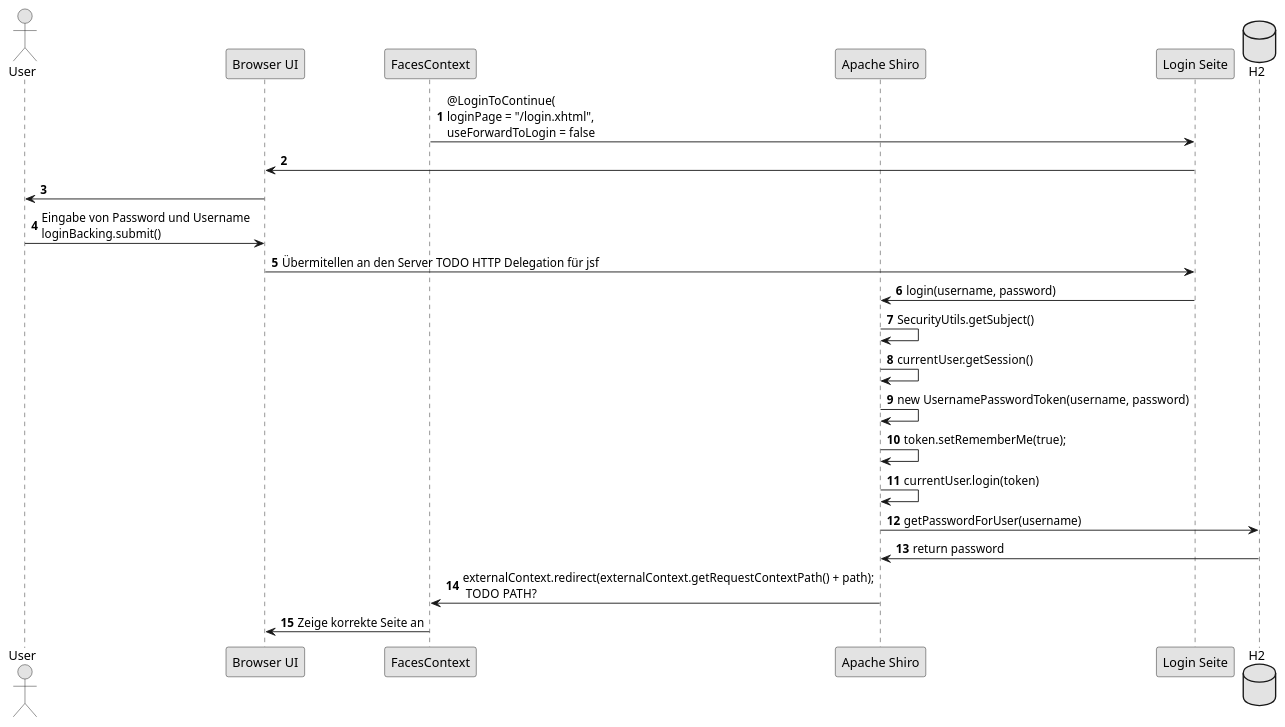
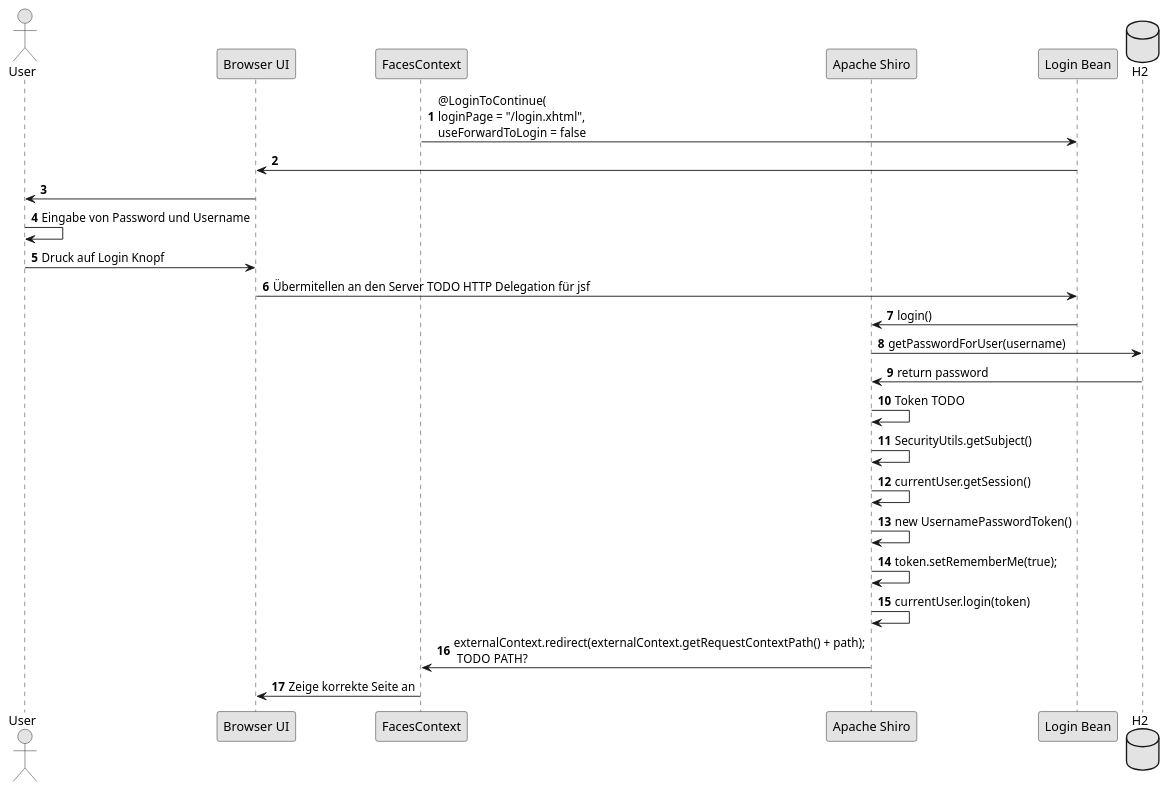
Before and after one commit to fkehlenb/softwareprojekt-2: the third of 9 diagrams in doc/UML/plantuml.org, drawn with PlantUML. The commit also changed other lines of this file and 1 other file, not shown here.

```diff
--- a/doc/UML/plantuml.org
+++ b/doc/UML/plantuml.org
@@ -31,27 +31,29 @@
 #+BEGIN_SRC plantuml :file erstbenutzung.png
 autonumber
 skinparam monochrome true
 
 actor User as user
 participant "Browser UI" as browser
 participant "FacesContext" AS index
 participant "Apache Shiro" as shiro
-participant "Login Seite" as login
+participant "Login Bean" as login
 database "H2" as database
 
 login <- index:  @LoginToContinue(\nloginPage = "/login.xhtml",\nuseForwardToLogin = false
 login -> browser:
 browser -> user
-user -> browser : Eingabe von Password und Username\nloginBacking.submit()
+user -> user: Eingabe von Password und Username
+user -> browser : Druck auf Login Knopf
 browser -> login : Übermitellen an den Server TODO HTTP Delegation für jsf
-login -> shiro: login(username, password)
+login -> shiro: login()
+shiro -> database: getPasswordForUser(username)
+shiro <- database: return password
+shiro -> shiro: Token TODO
 shiro -> shiro: SecurityUtils.getSubject()
 shiro -> shiro: currentUser.getSession()
-shiro -> shiro: new UsernamePasswordToken(username, password)
+shiro -> shiro: new UsernamePasswordToken()
 shiro -> shiro: token.setRememberMe(true);
 shiro -> shiro: currentUser.login(token)
-shiro -> database: getPasswordForUser(username)
-shiro <- database: return password
 index <-shiro:  externalContext.redirect(externalContext.getRequestContextPath() + path);\n TODO PATH?
 index -> browser: Zeige korrekte Seite an
 #+END_SRC
```
